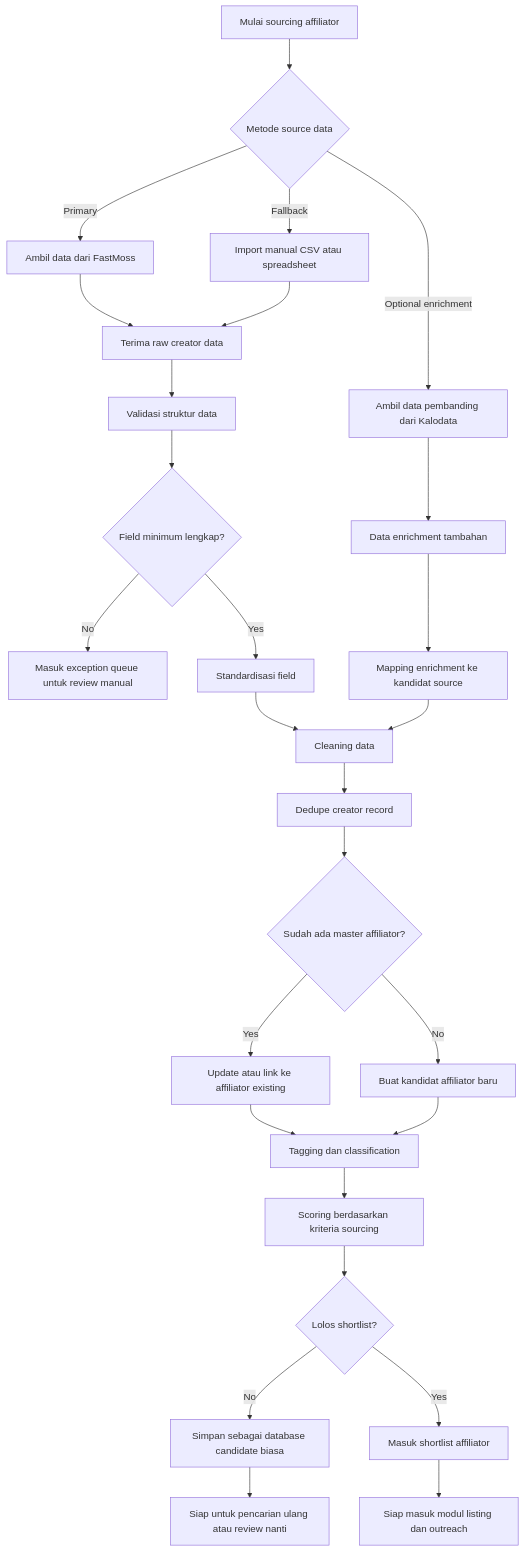
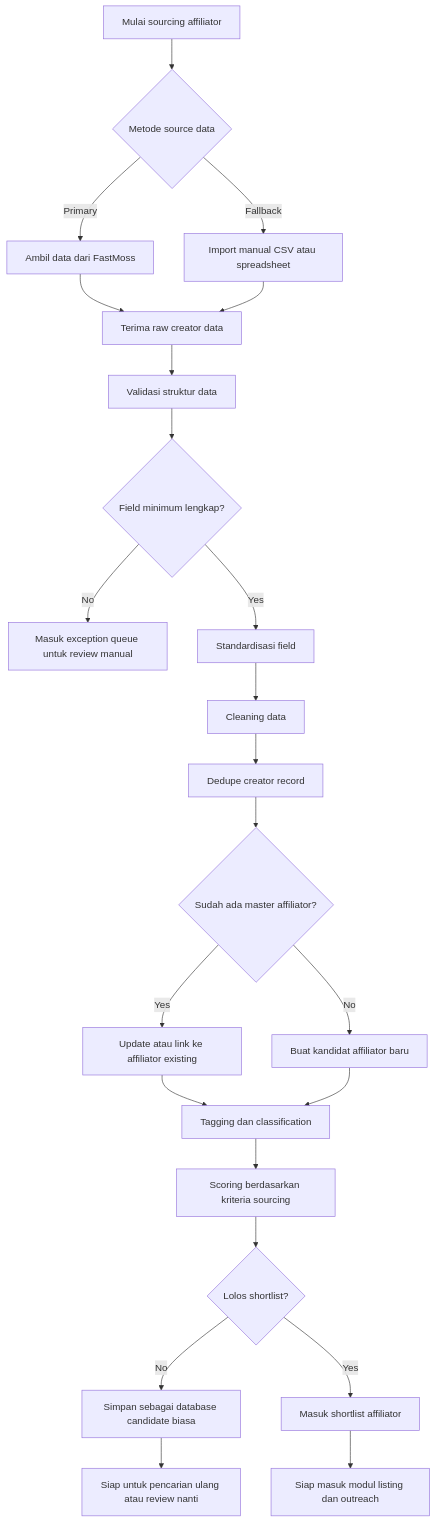
The diagram in Mermaid-Detail-Flows/01-sourcing-flow.md (viciansyah-1995/Aff-Dashboard-Adiboga-), drawn with Mermaid before and after one commit. The commit also changed other lines of this file and 3 other files, not shown here.

Commit message:
Remove Kalodata references from docs and flows

````diff
--- a/Mermaid-Detail-Flows/01-sourcing-flow.md
+++ b/Mermaid-Detail-Flows/01-sourcing-flow.md
@@ -23,39 +21,34 @@
 ```mermaid
 flowchart TD
     A[Mulai sourcing affiliator] --> B{Metode source data}
 
     B -->|Primary| C[Ambil data dari FastMoss]
     B -->|Fallback| D[Import manual CSV atau spreadsheet]
-    B -->|Optional enrichment| E[Ambil data pembanding dari Kalodata]
 
     C --> F[Terima raw creator data]
     D --> F
-    E --> G[Data enrichment tambahan]
 
     F --> H[Validasi struktur data]
     H --> I{Field minimum lengkap?}
     I -->|No| J[Masuk exception queue untuk review manual]
     I -->|Yes| K[Standardisasi field]
 
-    G --> L[Mapping enrichment ke kandidat source]
     K --> M[Cleaning data]
-    L --> M
-
     M --> N[Dedupe creator record]
     N --> O{Sudah ada master affiliator?}
 
     O -->|Yes| P[Update atau link ke affiliator existing]
     O -->|No| Q[Buat kandidat affiliator baru]
 
     P --> R[Tagging dan classification]
     Q --> R
 
     R --> S[Scoring berdasarkan kriteria sourcing]
     S --> T{Lolos shortlist?}
 
     T -->|No| U[Simpan sebagai database candidate biasa]
     T -->|Yes| V[Masuk shortlist affiliator]
 
     U --> W[Siap untuk pencarian ulang atau review nanti]
     V --> X[Siap masuk modul listing dan outreach]
 ```
````
